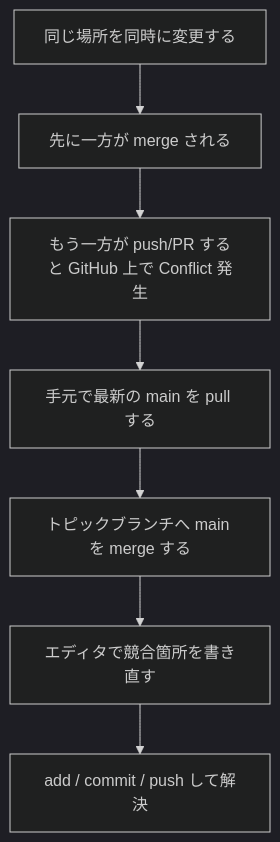
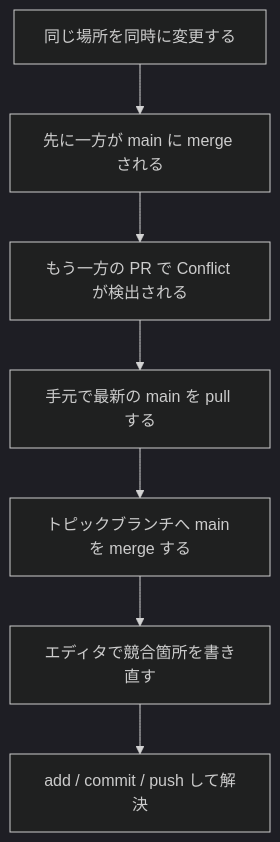
Before and after one commit to TORIFUKUKaiou/rails-dojo-year2-content: the first of 2 diagrams in 08/stretch.md, drawn with Mermaid (dark theme). The commit also changed other lines of this file, not shown here.

First line of the commit message:
docs: clarify conflict resolution steps and descriptions in lesson 08 stretch

````diff
--- a/08/stretch.md
+++ b/08/stretch.md
@@ -13,9 +13,9 @@
 ```mermaid
 flowchart TD
-  A["同じ場所を同時に変更する"] --> B["先に一方が merge される"]
-  B --> C["もう一方が push/PR すると GitHub 上で Conflict 発生"]
+  A["同じ場所を同時に変更する"] --> B["先に一方が main に merge される"]
+  B --> C["もう一方の PR で Conflict が検出される"]
   C --> D["手元で最新の main を pull する"]
   D --> E["トピックブランチへ main を merge する"]
   E --> F["エディタで競合箇所を書き直す"]
   F --> G["add / commit / push して解決"]
 ```
````
